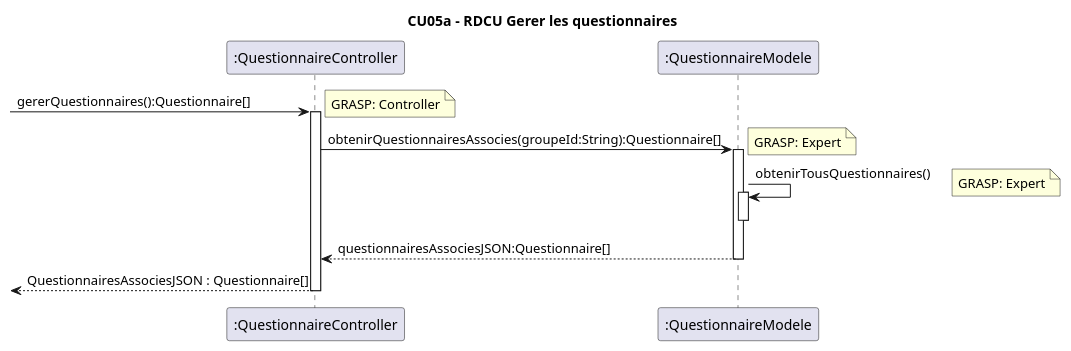
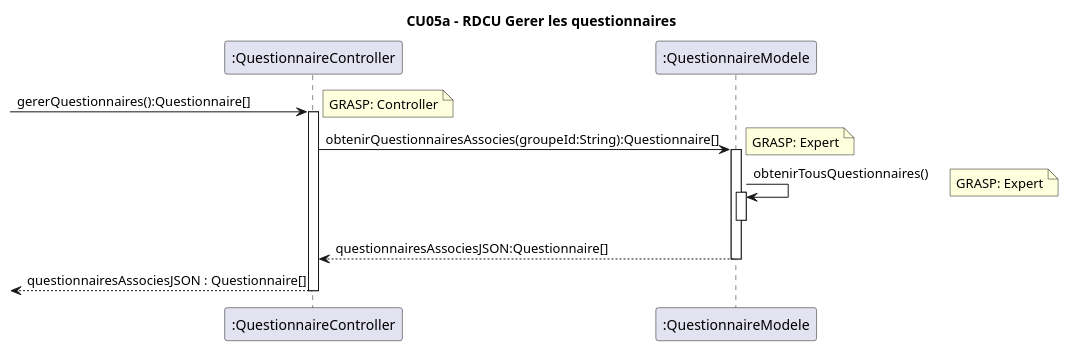
The diagram in docs/modeles/cu05/rdcu-gerer-questionnaires.puml (xMrYahya/moodle-clone), drawn with PlantUML before and after one commit. The commit also changed 10 other files, not shown here.

```diff
--- a/docs/modeles/cu05/rdcu-gerer-questionnaires.puml
+++ b/docs/modeles/cu05/rdcu-gerer-questionnaires.puml
@@ -1,22 +1,21 @@
 @startuml
 title CU05a - RDCU Gerer les questionnaires
 
 participant ":QuestionnaireController" as controller
 participant ":QuestionnaireModele" as questionnaireModele
 
 -> controller : gererQuestionnaires():Questionnaire[]
 note right: GRASP: Controller
 activate controller
 controller -> questionnaireModele : obtenirQuestionnairesAssocies(groupeId:String):Questionnaire[]
 note right: GRASP: Expert
 activate questionnaireModele
 questionnaireModele -> questionnaireModele ++: obtenirTousQuestionnaires()
 note right: GRASP: Expert
 deactivate questionnaireModele
 questionnaireModele --> controller : questionnairesAssociesJSON:Questionnaire[]
 deactivate questionnaireModele
-<-- controller : QuestionnairesAssociesJSON : Questionnaire[]
+<-- controller : questionnairesAssociesJSON : Questionnaire[]
 deactivate controller
 
-
 @enduml
```
